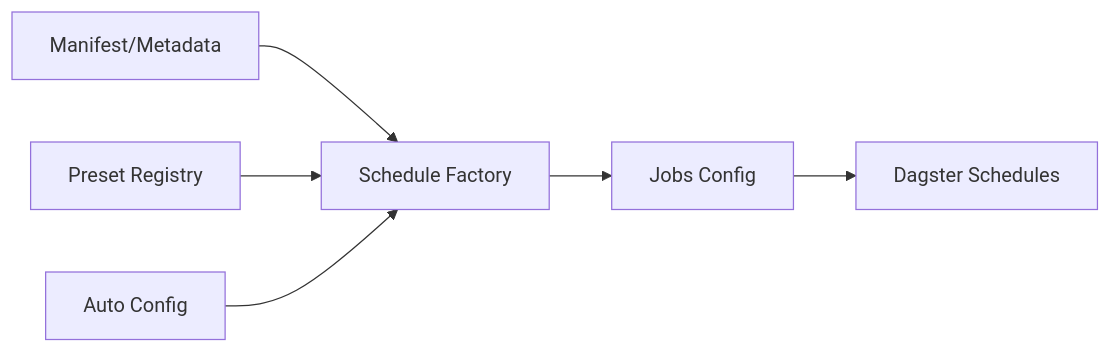
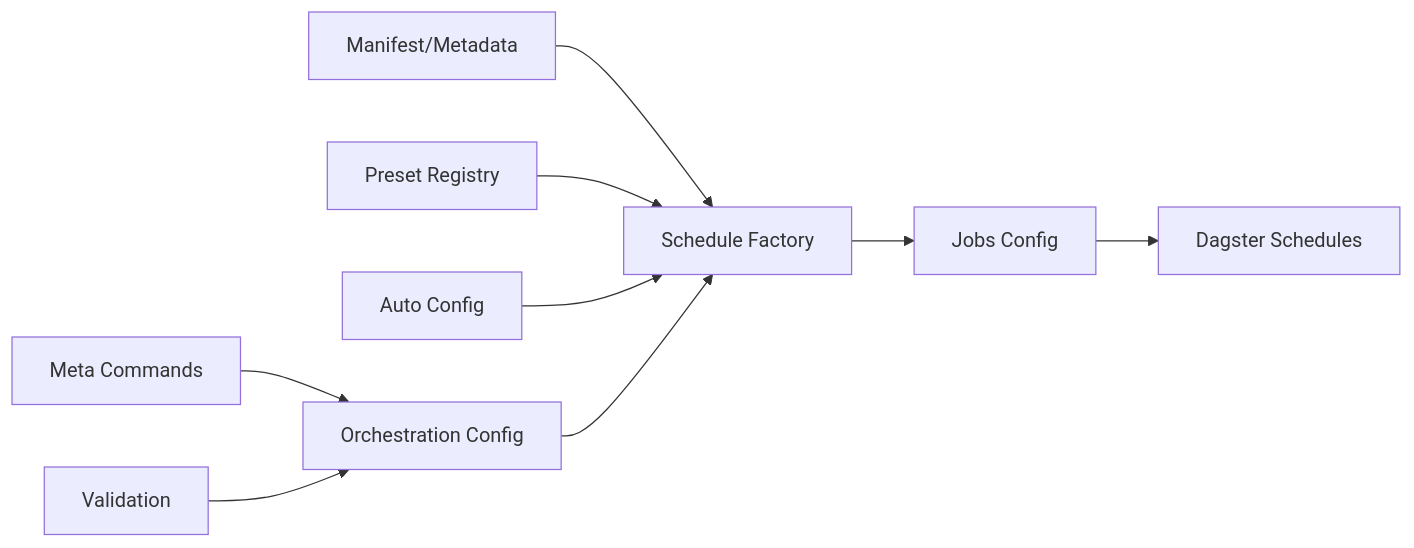
One commit to metasync/dbt-dagsterizer changed the third of 3 diagrams in .qoder/repowiki/en/content/Schedule Management/Schedule Management.md. Above: the diagram before and after it, drawn with Mermaid. The commit also changed other lines of this file and 3 other files, not shown here.

````diff
--- a/.qoder/repowiki/en/content/Schedule Management/Schedule Management.md
+++ b/.qoder/repowiki/en/content/Schedule Management/Schedule Management.md
@@ -310,8 +383,11 @@
 ```mermaid
 graph LR
 Manifest["Manifest/Metadata"] --> Factory["Schedule Factory"]
 Presets["Preset Registry"] --> Factory
 AutoCfg["Auto Config"] --> Factory
 Factory --> JobsCfg["Jobs Config"]
 JobsCfg --> Schedules["Dagster Schedules"]
+MetaCmd["Meta Commands"] --> OrchCfg["Orchestration Config"]
+OrchCfg --> Factory
+Validation["Validation"] --> OrchCfg
 ```
````
